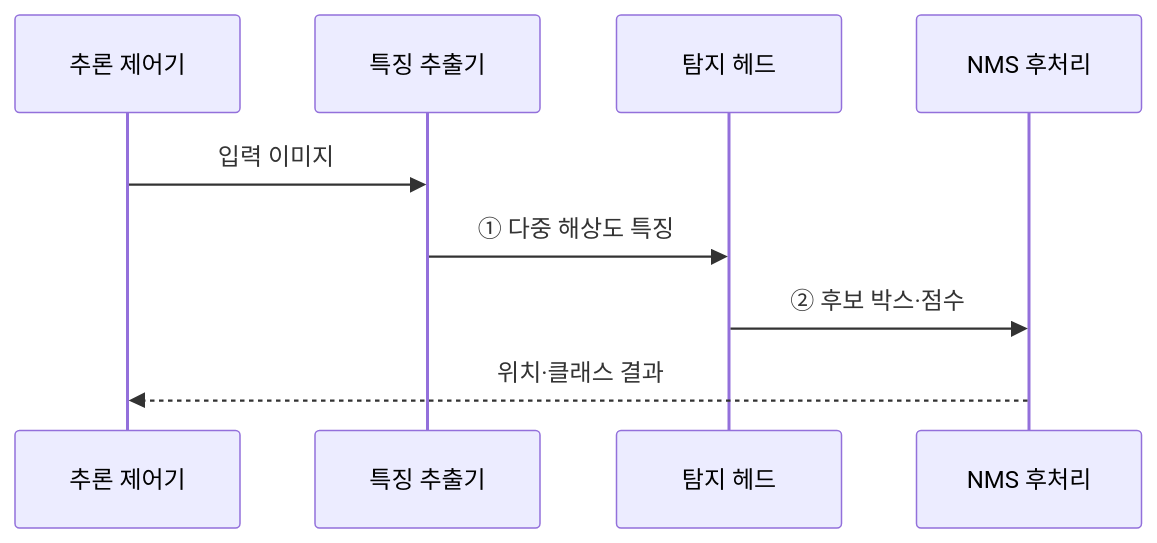
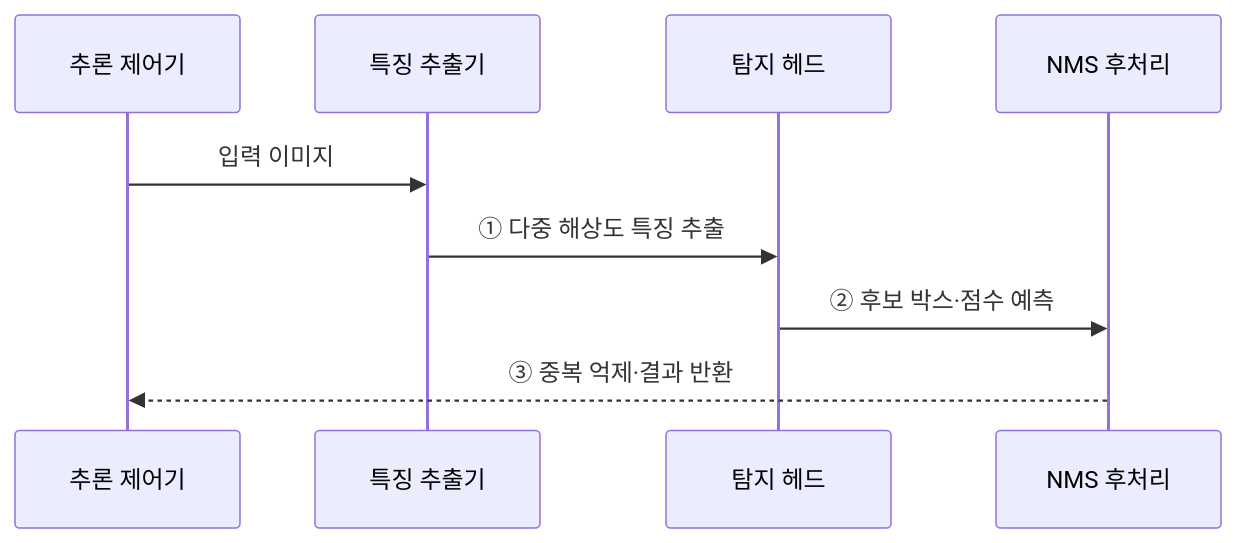
The second of 2 diagrams in src/content/docs/notes/01-basic-theory/055_object_detection.md (agnusdei1207/knowledge-base), drawn with Mermaid before and after one commit. The commit also changed other lines of this file and 19 other files, not shown here.

````diff
--- a/src/content/docs/notes/01-basic-theory/055_object_detection.md
+++ b/src/content/docs/notes/01-basic-theory/055_object_detection.md
@@ -74,11 +77,11 @@
 ```mermaid
 sequenceDiagram
     participant T as 추론 제어기
     participant F as 특징 추출기
     participant H as 탐지 헤드
     participant N as NMS 후처리
     T->>F: 입력 이미지
-    F->>H: ① 다중 해상도 특징
-    H->>N: ② 후보 박스·점수
-    N-->>T: 위치·클래스 결과
+    F->>H: ① 다중 해상도 특징 추출
+    H->>N: ② 후보 박스·점수 예측
+    N-->>T: ③ 중복 억제·결과 반환
 ```
````
